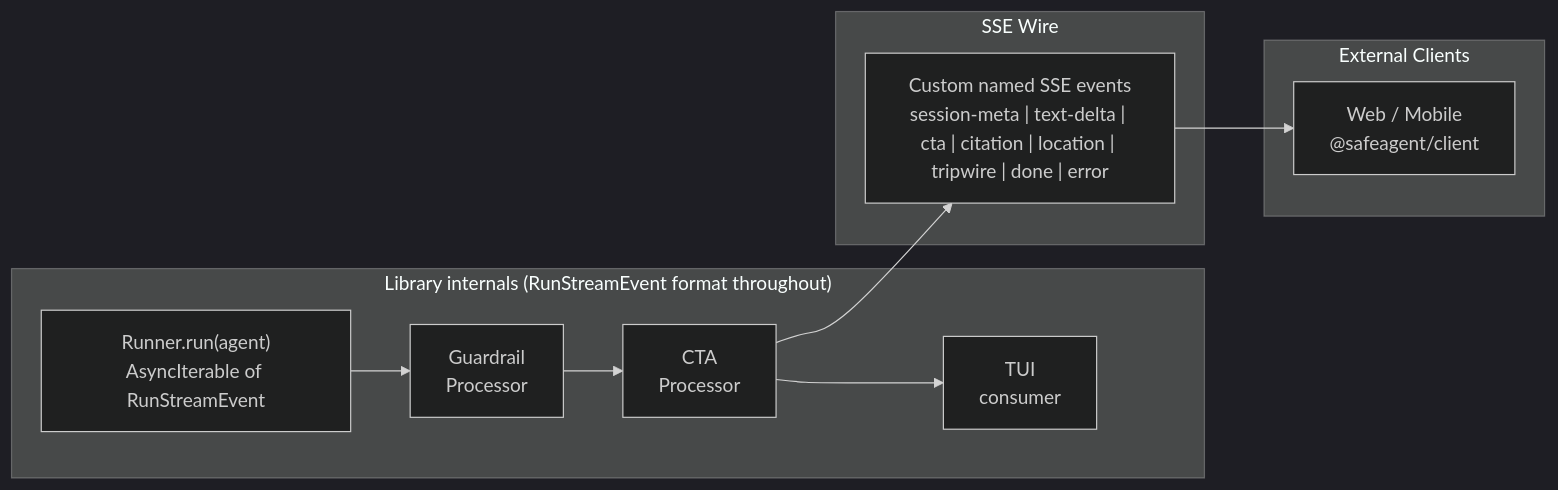
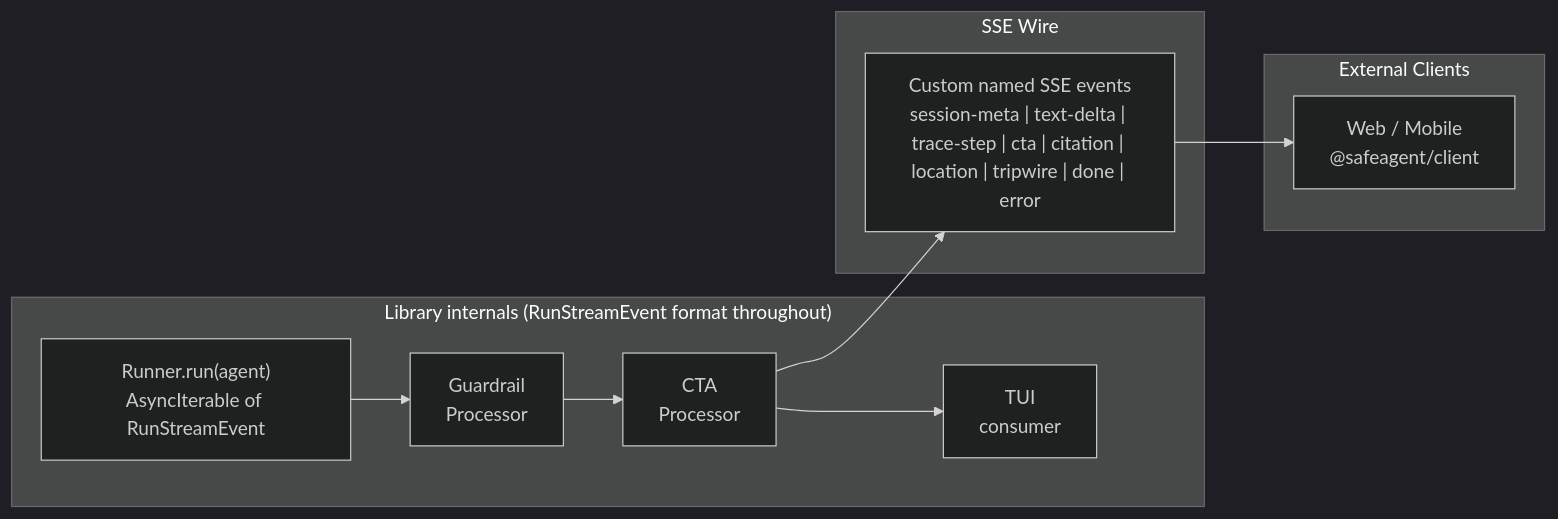
The sixth of 27 diagrams in plan/11-transport.md (1qh/safeagent), drawn with Mermaid (dark theme) before and after one commit. The commit also changed other lines of this file, not shown here.

Commit message:
plan: add trace-step SSE events, verbosity levels, and updated event reference to transport

````diff
--- a/plan/11-transport.md
+++ b/plan/11-transport.md
@@ -205,22 +213,22 @@
 ```mermaid
 flowchart LR
     subgraph INTERNAL["Library internals (RunStreamEvent format throughout)"]
         AGENT["Runner.run(agent)\nAsyncIterable of RunStreamEvent"]
         GP["Guardrail\nProcessor"]
         CP["CTA\nProcessor"]
         TUI_C["TUI\nconsumer"]
     end
 
     subgraph WIRE["SSE Wire"]
-        SSE["Custom named SSE events\nsession-meta | text-delta | cta | citation | location | tripwire | done | error"]
+        SSE["Custom named SSE events\nsession-meta | text-delta | trace-step | cta | citation | location | tripwire | done | error"]
     end
 
     subgraph CLIENTS["External Clients"]
         WEB["Web / Mobile\n@safeagent/client"]
     end
 
     AGENT --> GP --> CP
     CP --> TUI_C
     CP --> SSE
     SSE --> WEB
 ```
````
